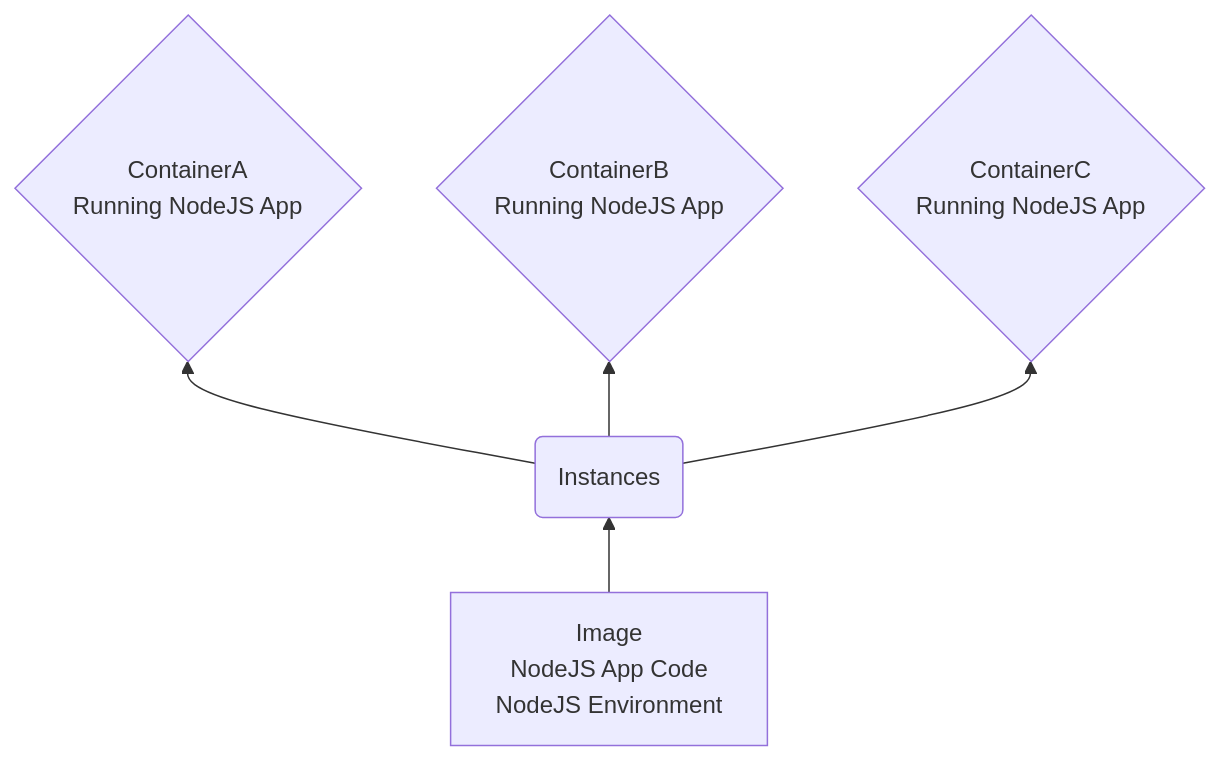
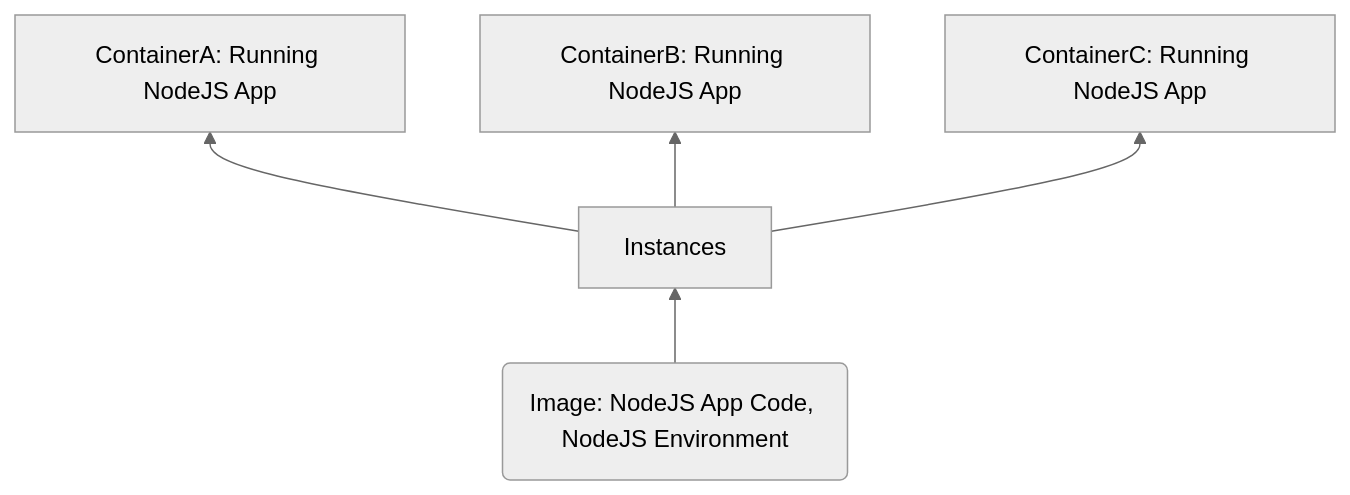
One commit to Aixufey/Docker-Complete changed the diagram in README.md. Above: the diagram before and after it, drawn with Mermaid.

````diff
--- a/README.md
+++ b/README.md
@@ -10,17 +10,14 @@
 ```mermaid
+    %%{init: {'theme': 'neutral'}}%%
 
-flowchart BT
-    A[Image
-        NodeJS App Code
-        NodeJS Environment
-    ] --> B(Instances)
-    B --> C{ContainerA
-        Running NodeJS App
-    }
-    B --> D{ContainerB
-        Running NodeJS App
-    }
-    B --> E{ContainerC
-        Running NodeJS App
-    }
+    graph BT;
+    A(Image: NodeJS App Code, NodeJS Environment);
+    B[Instances];
+    C[ContainerA: Running NodeJS App];
+    D[ContainerB: Running NodeJS App];
+    E[ContainerC: Running NodeJS App];
+    A --> B;
+    B --> C;
+    B --> D;
+    B --> E;
 ```
````
